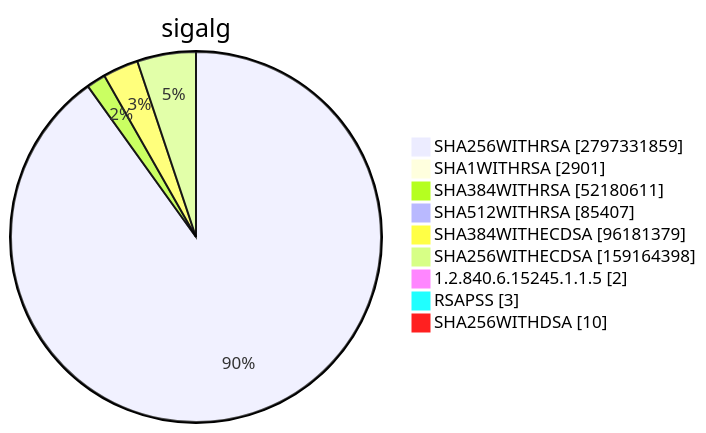
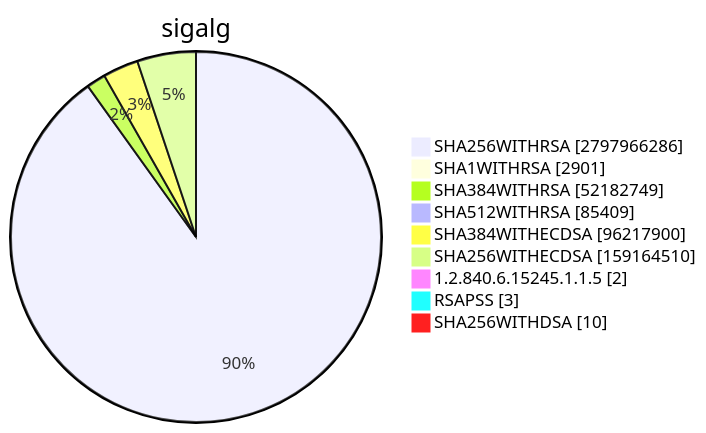
Before and after one commit to christiankrug/ctmonitor_visualization: diagram 15 of 15 in TOTAL/README.md, drawn with Mermaid. The commit also changed other lines of this file, not shown here.

````diff
--- a/TOTAL/README.md
+++ b/TOTAL/README.md
@@ -6205,13 +6205,13 @@
 ```mermaid
 pie showData
 title sigalg
-"SHA256WITHRSA" :2797331859
+"SHA256WITHRSA" :2797966286
 "SHA1WITHRSA" :2901
-"SHA384WITHRSA" :52180611
-"SHA512WITHRSA" :85407
-"SHA384WITHECDSA" :96181379
-"SHA256WITHECDSA" :159164398
+"SHA384WITHRSA" :52182749
+"SHA512WITHRSA" :85409
+"SHA384WITHECDSA" :96217900
+"SHA256WITHECDSA" :159164510
 "1.2.840.6.15245.1.1.5" :2
 "RSAPSS" :3
 "SHA256WITHDSA" :10
 ```
````
